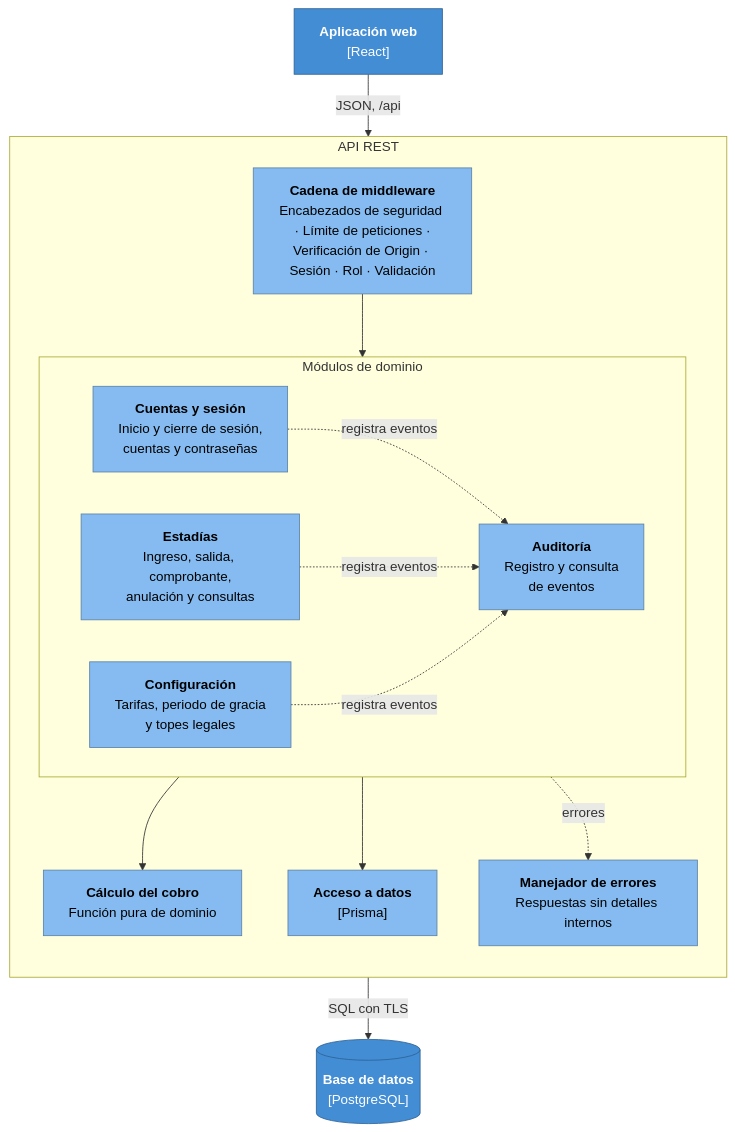
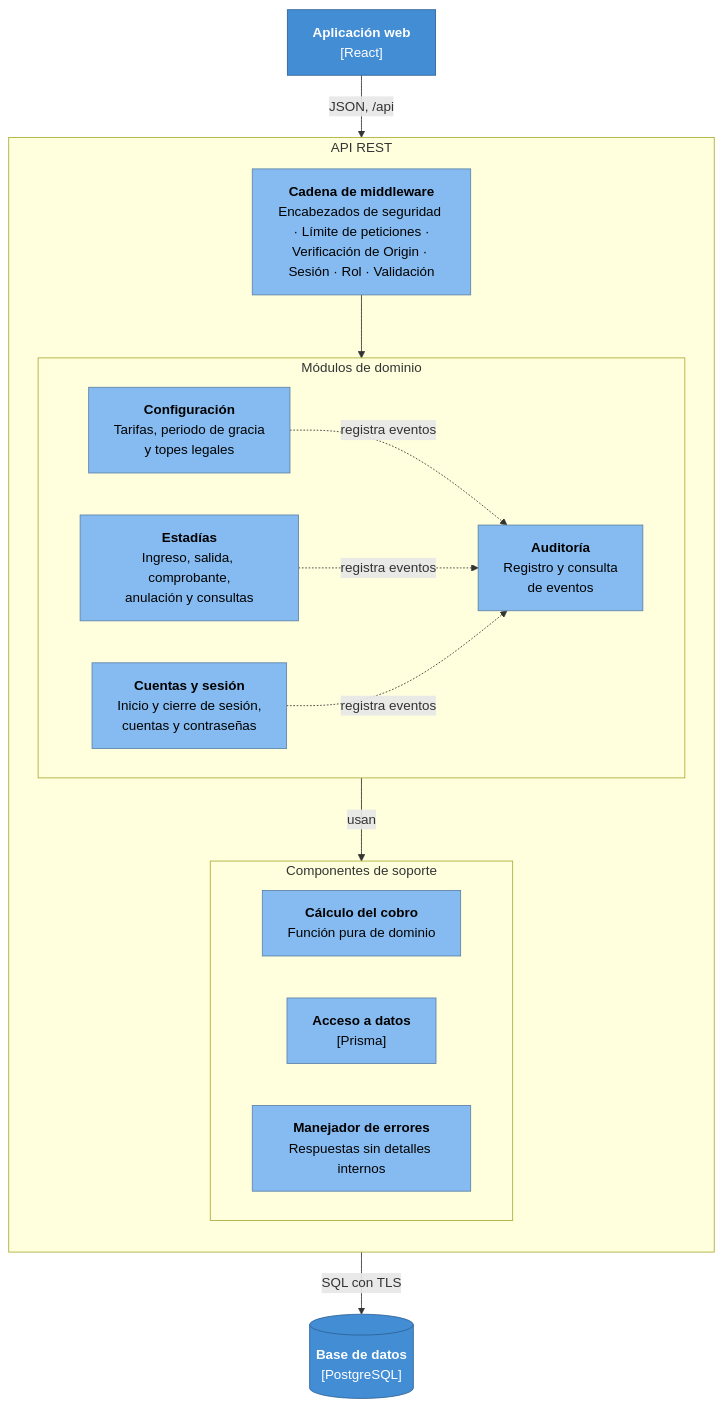
Before and after one commit to wrafael91/parkapp: the third of 4 diagrams in docs/arquitectura.md, drawn with Mermaid. The commit also changed other lines of this file, not shown here.

Commit message:
docs: simplify component and sequence diagrams (#7)

````diff
--- a/docs/arquitectura.md
+++ b/docs/arquitectura.md
@@ -102,38 +102,39 @@
 ```mermaid
 flowchart TB
     spa["<b>Aplicación web</b><br/>[React]"]
 
     subgraph api["API REST"]
         direction TB
         mw["<b>Cadena de middleware</b><br/>Encabezados de seguridad · Límite de peticiones ·<br/>Verificación de Origin · Sesión · Rol · Validación"]
 
         subgraph modulos["Módulos de dominio"]
             direction LR
+            config["<b>Configuración</b><br/>Tarifas, periodo de gracia<br/>y topes legales"]
+            estadias["<b>Estadías</b><br/>Ingreso, salida, comprobante,<br/>anulación y consultas"]
             cuentas["<b>Cuentas y sesión</b><br/>Inicio y cierre de sesión,<br/>cuentas y contraseñas"]
-            estadias["<b>Estadías</b><br/>Ingreso, salida, comprobante,<br/>anulación y consultas"]
-            config["<b>Configuración</b><br/>Tarifas, periodo de gracia<br/>y topes legales"]
             auditoria["<b>Auditoría</b><br/>Registro y consulta<br/>de eventos"]
         end
 
-        calculo["<b>Cálculo del cobro</b><br/>Función pura de dominio"]
-        errores["<b>Manejador de errores</b><br/>Respuestas sin detalles internos"]
-        repos["<b>Acceso a datos</b><br/>[Prisma]"]
+        subgraph soporte["Componentes de soporte"]
+            direction LR
+            calculo["<b>Cálculo del cobro</b><br/>Función pura de dominio"]
+            repos["<b>Acceso a datos</b><br/>[Prisma]"]
+            errores["<b>Manejador de errores</b><br/>Respuestas sin detalles internos"]
+        end
     end
 
     db[("<b>Base de datos</b><br/>[PostgreSQL]")]
 
     spa -- "JSON, /api" --> mw
     mw --> modulos
-    estadias --> calculo
+    config -. "registra eventos" .-> auditoria
+    estadias -. "registra eventos" .-> auditoria
     cuentas -. "registra eventos" .-> auditoria
-    estadias -. "registra eventos" .-> auditoria
-    config -. "registra eventos" .-> auditoria
-    modulos --> repos
+    modulos -- "usan" --> soporte
     repos -- "SQL con TLS" --> db
-    modulos -. "errores" .-> errores
 
     classDef ext fill:#438dd5,stroke:#2e6295,color:#ffffff
     classDef comp fill:#85bbf0,stroke:#5d82a8,color:#000000
     class spa,db ext
     class mw,cuentas,estadias,config,auditoria,calculo,errores,repos comp
 ```
````
